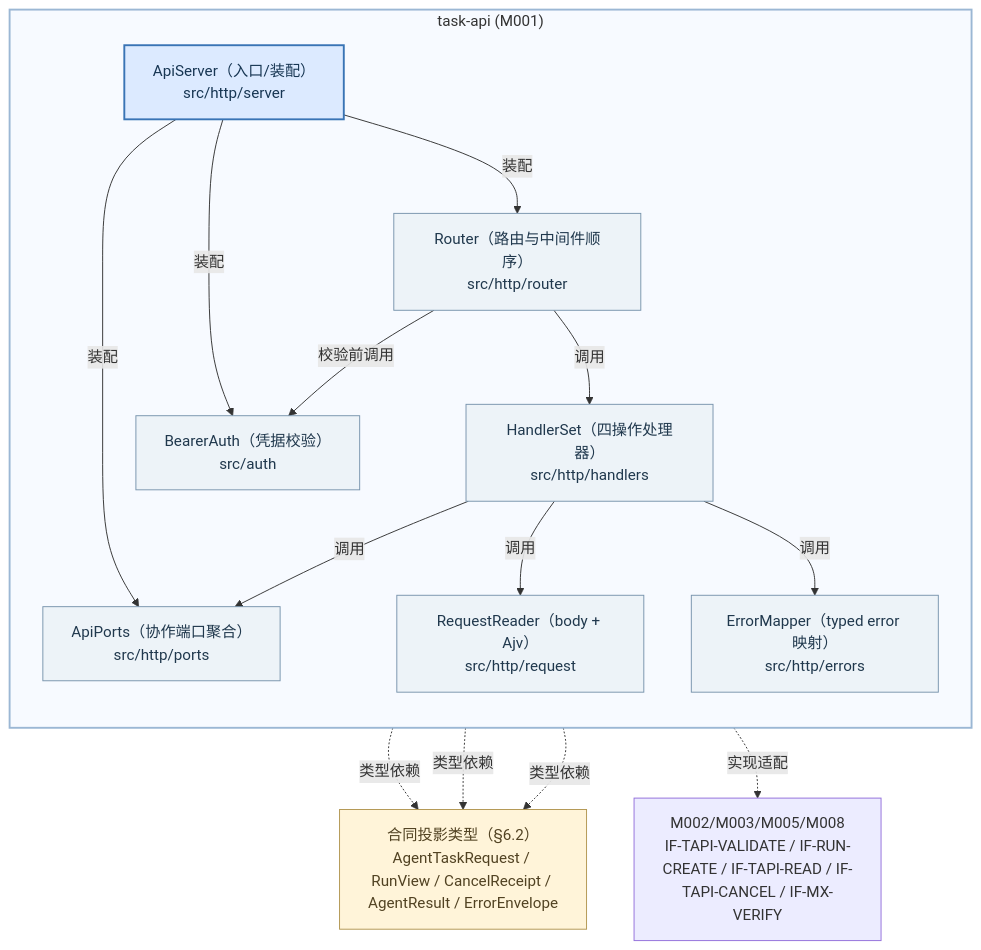
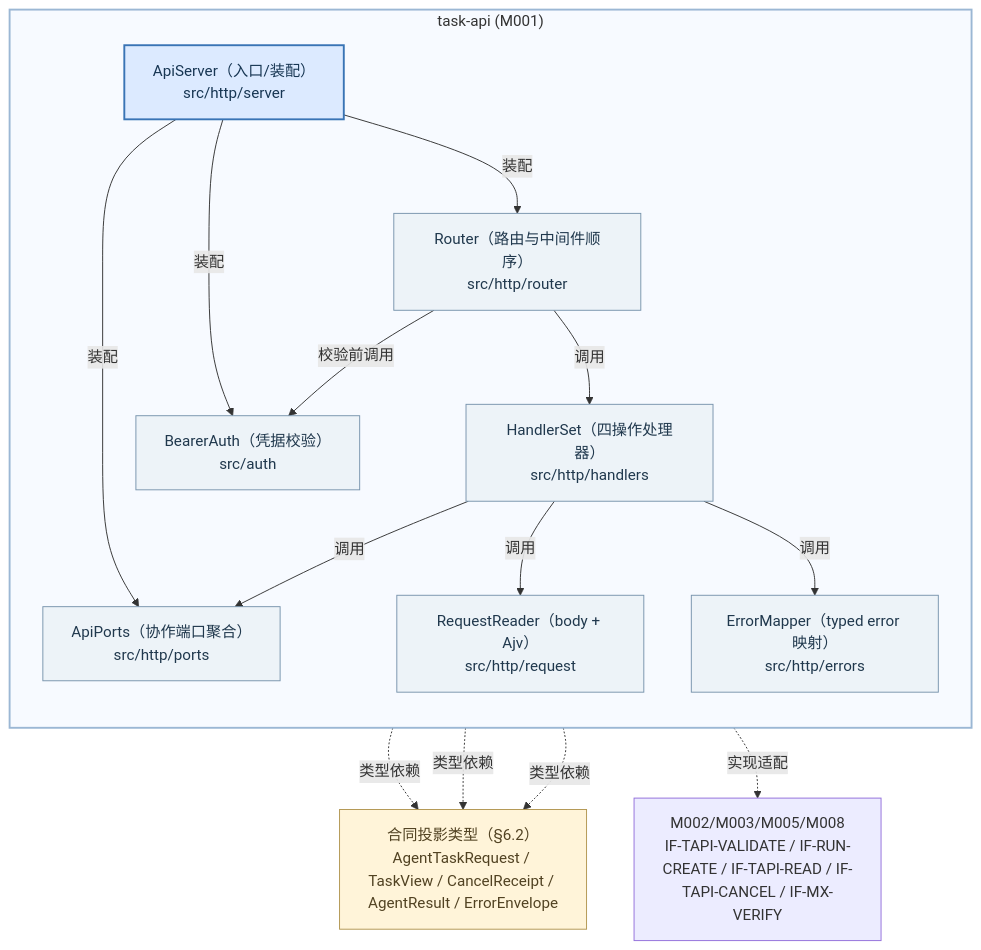
Before and after one commit to corezilla/piko: the second of 6 diagrams in docs/40_module_design/piko-task-api-design.md, drawn with Mermaid. The commit also changed other lines of this file and 86 other files, not shown here.

````diff
--- a/docs/40_module_design/piko-task-api-design.md
+++ b/docs/40_module_design/piko-task-api-design.md
@@ -198,34 +199,34 @@
 ```mermaid
 flowchart TB
     subgraph M001["task-api (M001)"]
         direction TB
         S1["ApiServer（入口/装配）<br/>src/http/server"]
         S2["Router（路由与中间件顺序）<br/>src/http/router"]
         S3["HandlerSet（四操作处理器）<br/>src/http/handlers"]
         S4["ErrorMapper（typed error 映射）<br/>src/http/errors"]
         S5["RequestReader（body + Ajv）<br/>src/http/request"]
         S6["BearerAuth（凭据校验）<br/>src/auth"]
         S7["ApiPorts（协作端口聚合）<br/>src/http/ports"]
         S1 -->|"装配"| S2
         S1 -->|"装配"| S7
         S2 -->|"调用"| S3
         S3 -->|"调用"| S5
         S3 -->|"调用"| S4
         S3 -->|"调用"| S7
         S1 -->|"装配"| S6
         S2 -->|"校验前调用"| S6
     end
-    T["合同投影类型（§6.2）<br/>AgentTaskRequest / RunView / CancelReceipt / AgentResult / ErrorEnvelope"]
+    T["合同投影类型（§6.2）<br/>AgentTaskRequest / TaskView / CancelReceipt / AgentResult / ErrorEnvelope"]
     S3 -. 类型依赖 .-> T
     S4 -. 类型依赖 .-> T
     S5 -. 类型依赖 .-> T
     P["M002/M003/M005/M008<br/>IF-TAPI-VALIDATE / IF-RUN-CREATE / IF-TAPI-READ / IF-TAPI-CANCEL / IF-MX-VERIFY"]
     S7 -. 实现适配 .-> P
     classDef entry fill:#dceaff,stroke:#3974b5,color:#173653,stroke-width:2px
     classDef component fill:#edf3f8,stroke:#7894ad,color:#20384d
     classDef contract fill:#fff4d9,stroke:#b29650,color:#514222
     class S1 entry
     class S2,S3,S4,S5,S6,S7 component
     class T contract
     style M001 fill:#f7faff,stroke:#9bb7d4,stroke-width:2px
 ```
````
